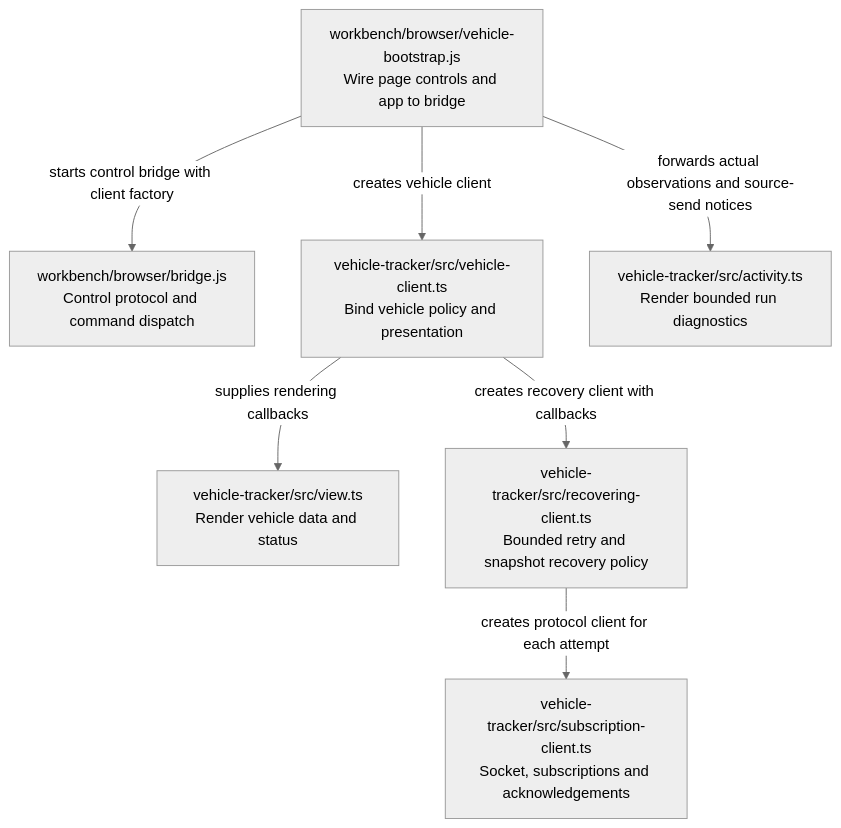
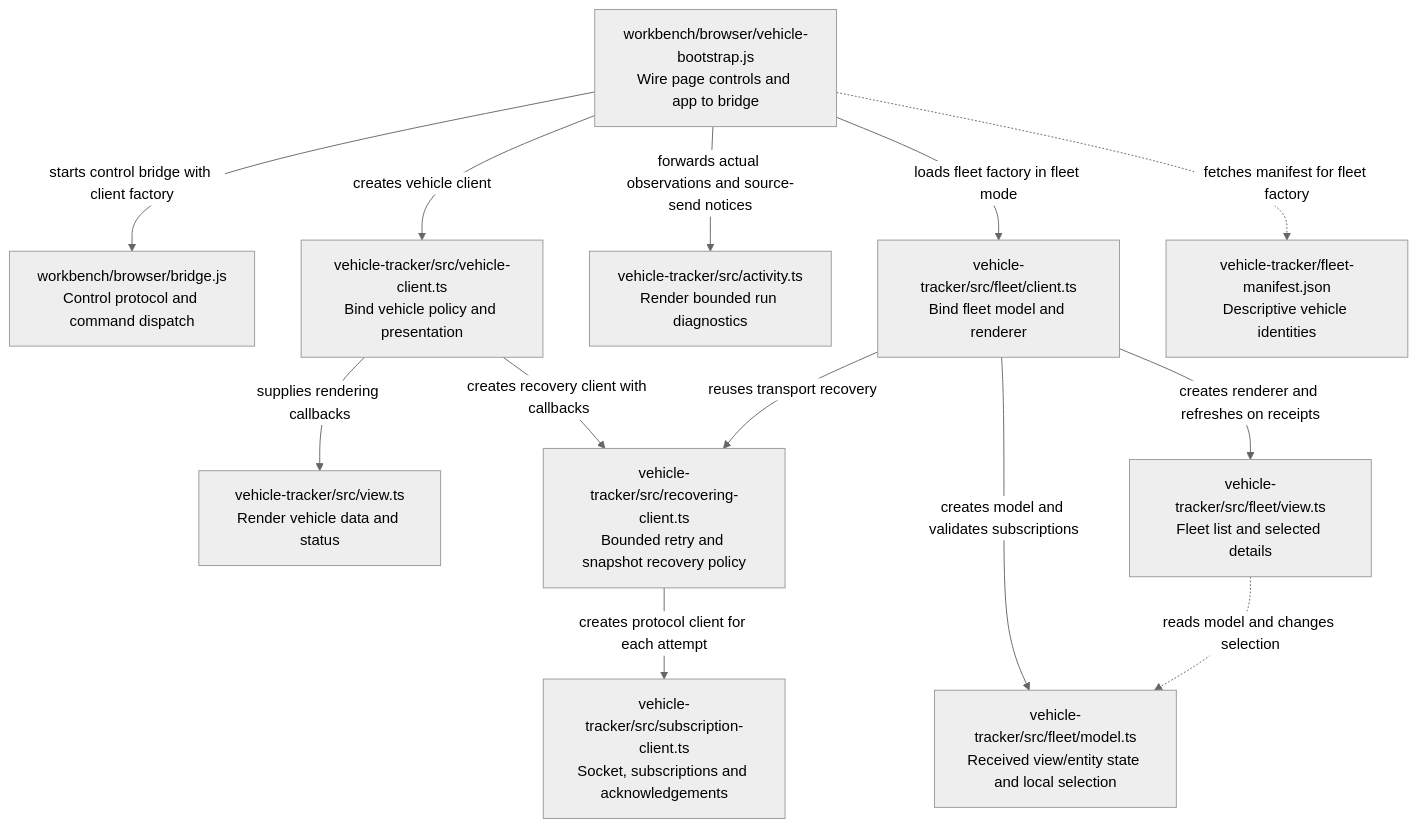
The sixth of 6 diagrams in incubator/workbench/docs/source-map.md (sproates/zooglass), drawn with Mermaid (neutral theme) before and after one commit. The commit also changed other lines of this file and 26 other files, not shown here.

Commit message:
Add fleet client with independent state and local vehicle selection

````diff
--- a/incubator/workbench/docs/source-map.md
+++ b/incubator/workbench/docs/source-map.md
@@ -224,16 +230,26 @@
 ```mermaid
 flowchart TB
   bootstrap["workbench/browser/vehicle-bootstrap.js<br/>Wire page controls and app to bridge"]
   bridge["workbench/browser/bridge.js<br/>Control protocol and command dispatch"]
   client["vehicle-tracker/src/vehicle-client.ts<br/>Bind vehicle policy and presentation"]
   subscription["vehicle-tracker/src/subscription-client.ts<br/>Socket, subscriptions and acknowledgements"]
   view["vehicle-tracker/src/view.ts<br/>Render vehicle data and status"]
   activity["vehicle-tracker/src/activity.ts<br/>Render bounded run diagnostics"]
   bootstrap -->|forwards actual observations and source-send notices| activity
   bootstrap -->|starts control bridge with client factory| bridge
   bootstrap -->|creates vehicle client| client
   recovery["vehicle-tracker/src/recovering-client.ts<br/>Bounded retry and snapshot recovery policy"]
   client -->|creates recovery client with callbacks| recovery
   recovery -->|creates protocol client for each attempt| subscription
   client -->|supplies rendering callbacks| view
+  fleet["vehicle-tracker/src/fleet/client.ts<br/>Bind fleet model and renderer"]
+  model["vehicle-tracker/src/fleet/model.ts<br/>Received view/entity state and local selection"]
+  fleetView["vehicle-tracker/src/fleet/view.ts<br/>Fleet list and selected details"]
+  manifest["vehicle-tracker/fleet-manifest.json<br/>Descriptive vehicle identities"]
+  bootstrap -->|loads fleet factory in fleet mode| fleet
+  bootstrap -.->|fetches manifest for fleet factory| manifest
+  fleet -->|creates model and validates subscriptions| model
+  fleet -->|creates renderer and refreshes on receipts| fleetView
+  fleetView -.->|reads model and changes selection| model
+  fleet -->|reuses transport recovery| recovery
 ```
````
